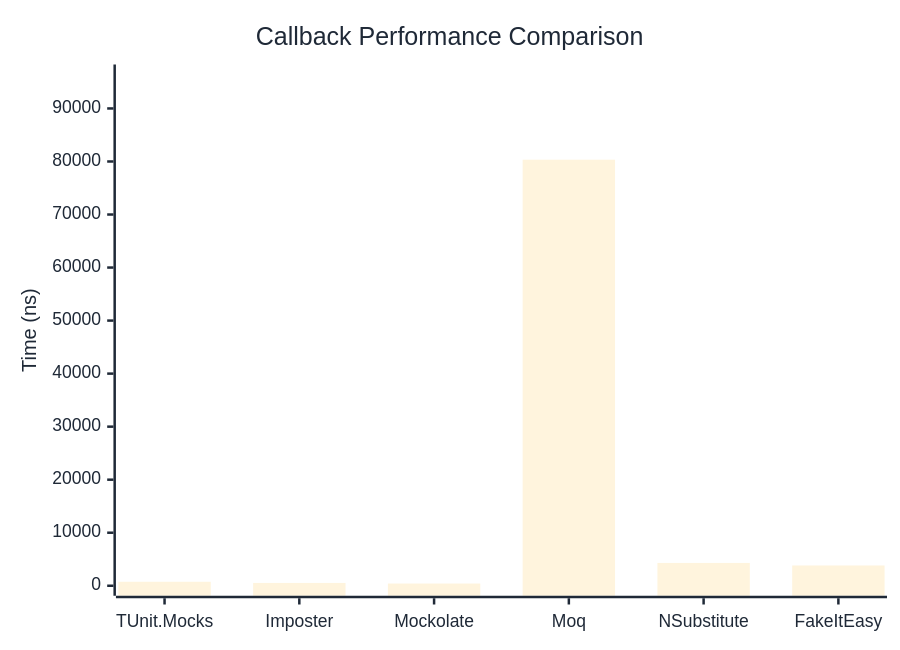
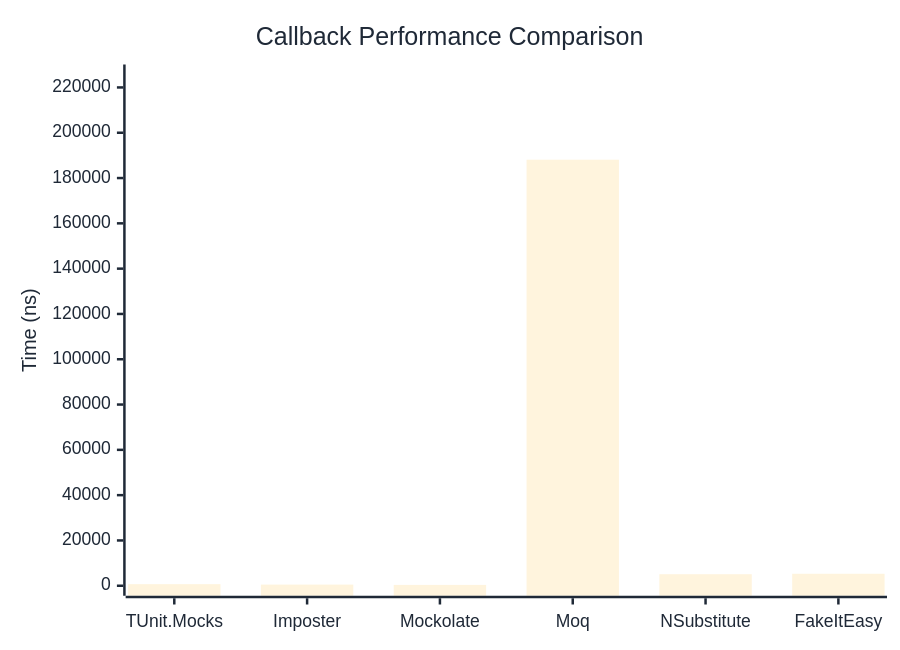
Before and after one commit to thomhurst/TUnit: the first of 2 diagrams in docs/docs/benchmarks/mocks/Callback.md, drawn with Mermaid. The commit also changed other lines of this file and 14 other files, not shown here.

````diff
--- a/docs/docs/benchmarks/mocks/Callback.md
+++ b/docs/docs/benchmarks/mocks/Callback.md
@@ -30,27 +30,27 @@
 ```mermaid
 %%{init: {
   'theme':'base',
   'themeVariables': {
     'primaryColor': '#2563eb',
     'primaryTextColor': '#1f2937',
     'primaryBorderColor': '#1e40af',
     'lineColor': '#6b7280',
     'secondaryColor': '#7c3aed',
     'tertiaryColor': '#dc2626',
     'background': '#ffffff',
     'pie1': '#2563eb',
     'pie2': '#7c3aed',
     'pie3': '#dc2626',
     'pie4': '#f59e0b',
     'pie5': '#10b981',
     'pie6': '#06b6d4',
     'pie7': '#ec4899',
     'pie8': '#6366f1'
   }
 }}%%
 xychart-beta
   title "Callback Performance Comparison"
   x-axis ["TUnit.Mocks", "Imposter", "Mockolate", "Moq", "NSubstitute", "FakeItEasy"]
-  y-axis "Time (ns)" 0 --> 96403
-  bar [751.6, 533.6, 417.1, 80335.6, 4304.9, 3823.2]
+  y-axis "Time (ns)" 0 --> 225714
+  bar [697.1, 511.6, 374.1, 188094.5, 5088.5, 5295.8]
 ```
````
